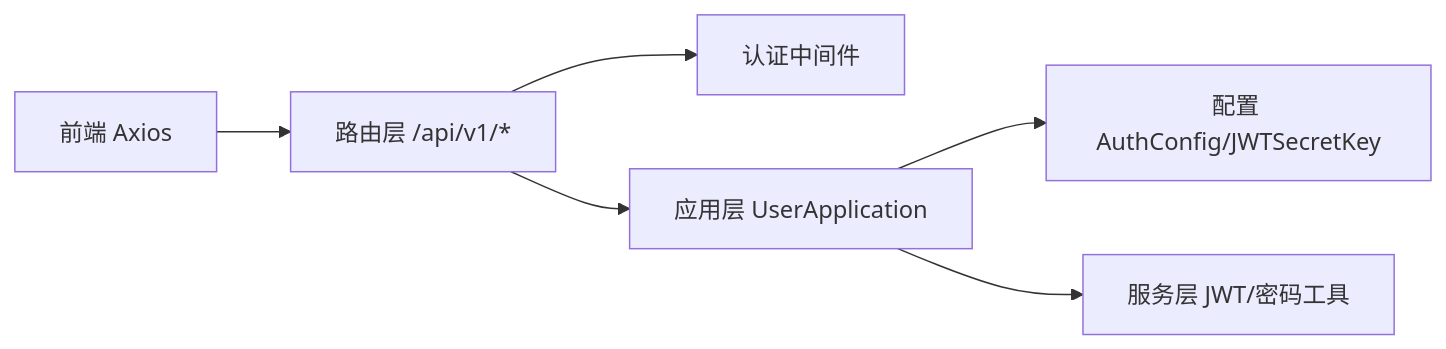
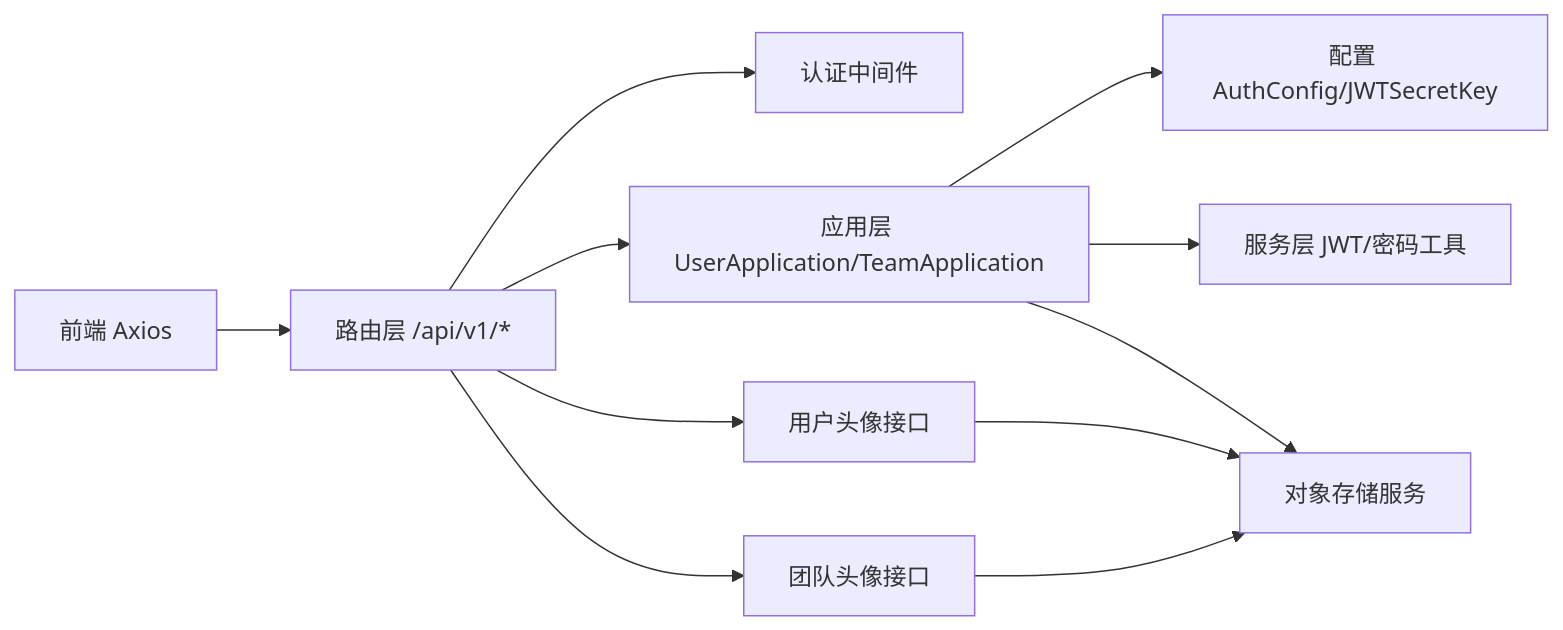
Before and after one commit to ATOMLubover/poprako: the fourth of 4 diagrams in .qoder/repowiki/zh/content/API 接口文档/认证接口.md, drawn with Mermaid. The commit also changed other lines of this file and 5 other files, not shown here.

````diff
--- a/.qoder/repowiki/zh/content/API 接口文档/认证接口.md
+++ b/.qoder/repowiki/zh/content/API 接口文档/认证接口.md
@@ -256,8 +479,13 @@
 ```mermaid
 graph LR
 FE["前端 Axios"] --> RT["路由层 /api/v1/*"]
 RT --> MW["认证中间件"]
-RT --> APP["应用层 UserApplication"]
+RT --> APP["应用层 UserApplication/TeamApplication"]
+RT --> UA["用户头像接口"]
+RT --> TA["团队头像接口"]
 APP --> CFG["配置 AuthConfig/JWTSecretKey"]
 APP --> SVC["服务层 JWT/密码工具"]
+APP --> OSS["对象存储服务"]
+UA --> OSS
+TA --> OSS
 ```
````
